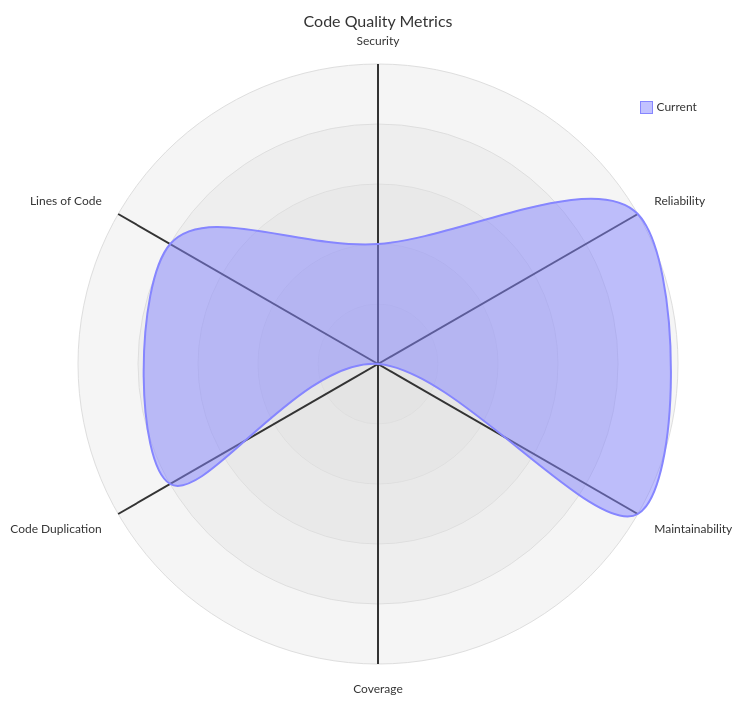
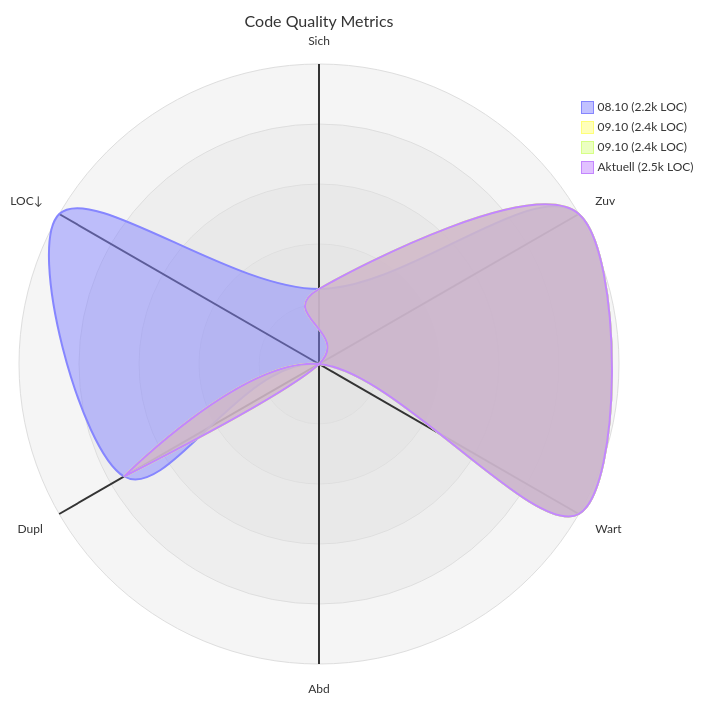
Before and after one commit to merlinbecker/CodexMiroir: the diagram in codequality/report.md, drawn with Mermaid. The commit also changed other lines of this file and 5 other files, not shown here.

````diff
--- a/codequality/report.md
+++ b/codequality/report.md
@@ -3,11 +5,13 @@
 ```mermaid
 ---
 title: "Code Quality Metrics"
 ---
 radar-beta
-  axis s["Security"], r["Reliability"], m["Maintainability"]
-  axis c["Coverage"], d["Code Duplication"], l["Lines of Code"]
-  curve current["Current"]{2, 5, 5, 0, 4, 4}
+  axis s["Sich"], r["Zuv"], m["Wart"], c["Abd"], d["Dupl"], l["LOC↓"]
+  curve p_08_10_2_2k_LOC_["08.10 (2.2k LOC)"]{2, 5, 5, 0, 4, 5}
+  curve p_09_10_2_4k_LOC_["09.10 (2.4k LOC)"]{2, 5, 5, 0, 4, 1}
+  curve p_09_10_2_4k_LOC_["09.10 (2.4k LOC)"]{2, 5, 5, 0, 4, 1}
+  curve p_Aktuell_2_5k_LOC_["Aktuell (2.5k LOC)"]{2, 5, 5, 0, 4, 1}
   max 5
-  min 0
+  min 1
 ```
````
